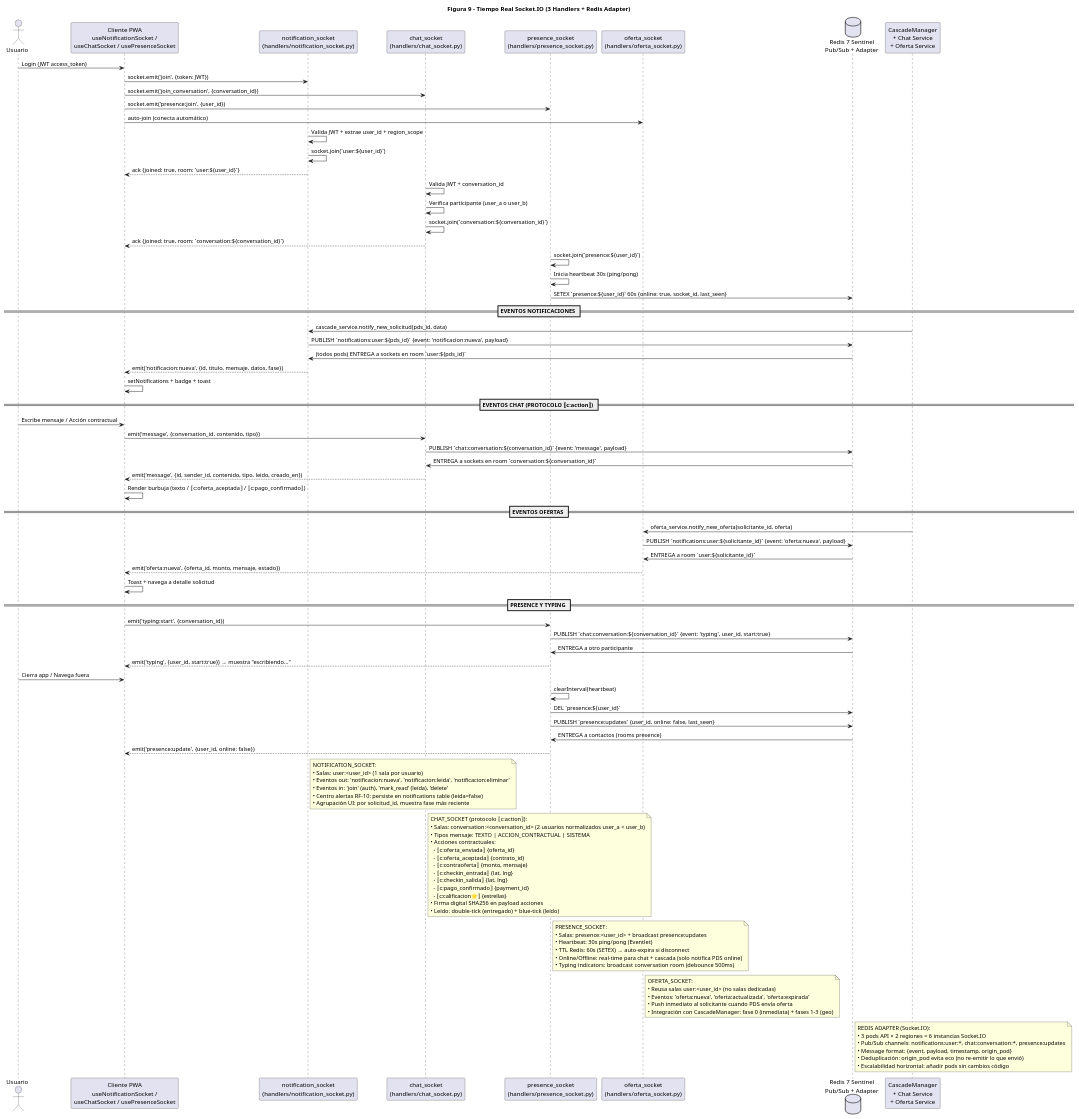
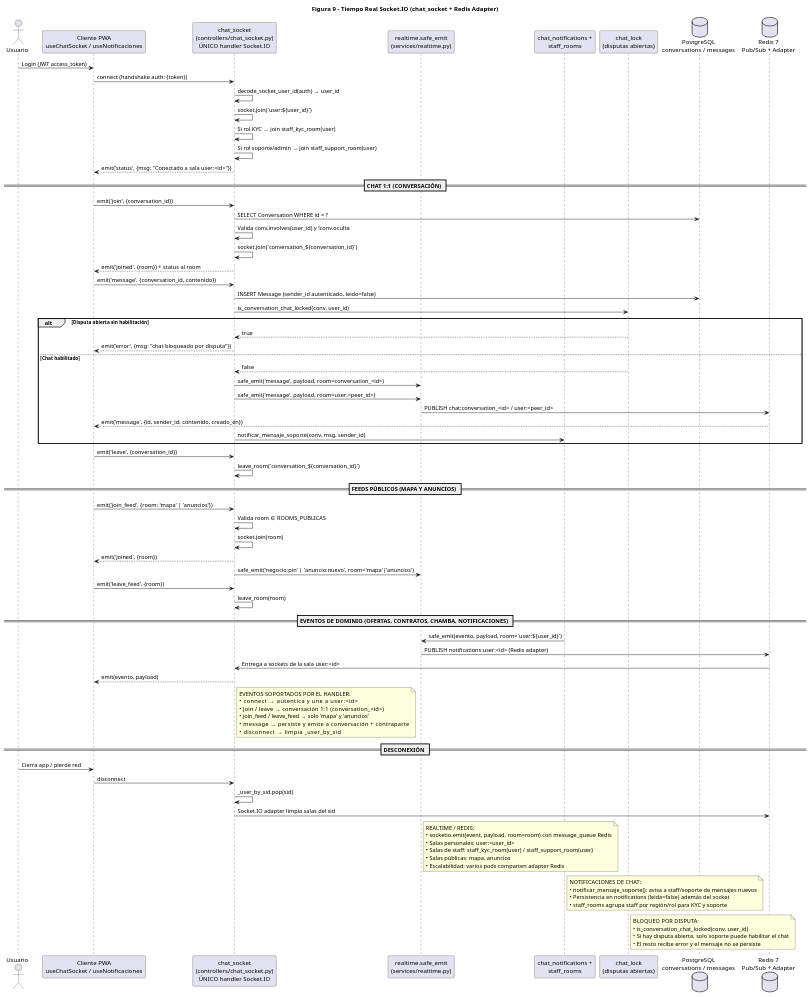
The diagram in Arquitectura/diagramas/component/09-tiempo-real-socketio.md (jpalacioing98/Chambeapp_Doc), drawn with PlantUML before and after one commit. The commit also changed other lines of this file and 60 other files, not shown here.

Commit message:
docs: completar y actualizar diagramas de arquitectura segun codigo fuente

````diff
--- a/Arquitectura/diagramas/component/09-tiempo-real-socketio.md
+++ b/Arquitectura/diagramas/component/09-tiempo-real-socketio.md
@@ -11,119 +11,96 @@
 ```plantuml
 @startuml
-title Figura 9 - Tiempo Real Socket.IO (3 Handlers + Redis Adapter)
+title Figura 9 - Tiempo Real Socket.IO (chat_socket + Redis Adapter)
 
 actor "Usuario" as U
-participant "Cliente PWA\nuseNotificationSocket /\nuseChatSocket / usePresenceSocket" as C
-participant "notification_socket\n(handlers/notification_socket.py)" as NS
-participant "chat_socket\n(handlers/chat_socket.py)" as CS
-participant "presence_socket\n(handlers/presence_socket.py)" as PS
-participant "oferta_socket\n(handlers/oferta_socket.py)" as OS
-database "Redis 7 Sentinel\nPub/Sub + Adapter" as RD
-participant "CascadeManager\n+ Chat Service\n+ Oferta Service" as SV
+participant "Cliente PWA\nuseChatSocket / useNotificaciones" as C
+participant "chat_socket\n(controllers/chat_socket.py)\nÚNICO handler Socket.IO" as CS
+participant "realtime.safe_emit\n(services/realtime.py)" as RT
+participant "chat_notifications +\nstaff_rooms" as SV
+participant "chat_lock\n(disputas abiertas)" as LOCK
+database "PostgreSQL\nconversations / messages" as DB
+database "Redis 7\nPub/Sub + Adapter" as RD
 
 U -> C: Login (JWT access_token)
-C -> NS: socket.emit('join', {token: JWT})
-C -> CS: socket.emit('join_conversation', {conversation_id})
-C -> PS: socket.emit('presence:join', {user_id})
-C -> OS: auto-join (conecta automático)
+C -> CS: connect (handshake auth: {token})
+CS -> CS: decode_socket_user_id(auth) → user_id
+CS -> CS: socket.join(`user:${user_id}`)
+CS -> CS: Si rol KYC → join staff_kyc_room(user)
+CS -> CS: Si rol soporte/admin → join staff_support_room(user)
+CS --> C: emit('status', {msg: "Conectado a sala user:<id>"})
 
-NS -> NS: Valida JWT + extrae user_id + region_scope
-NS -> NS: socket.join(`user:${user_id}`)
-NS --> C: ack {joined: true, room: `user:${user_id}`}
+== CHAT 1:1 (CONVERSACIÓN) ==
+C -> CS: emit('join', {conversation_id})
+CS -> DB: SELECT Conversation WHERE id = ?
+CS -> CS: Valida conv.involves(user_id) y !conv.oculta
+CS -> CS: socket.join(`conversation_${conversation_id}`)
+CS --> C: emit('joined', {room}) + status al room
+C -> CS: emit('message', {conversation_id, contenido})
+CS -> DB: INSERT Message (sender_id autenticado, leido=false)
+CS -> LOCK: is_conversation_chat_locked(conv, user_id)
+alt Disputa abierta sin habilitación
+    LOCK --> CS: true
+    CS --> C: emit('error', {msg: "chat bloqueado por disputa"})
+else Chat habilitado
+    LOCK --> CS: false
+    CS -> RT: safe_emit('message', payload, room=conversation_<id>)
+    CS -> RT: safe_emit('message', payload, room=user:<peer_id>)
+    RT -> RD: PUBLISH chat:conversation_<id> / user:<peer_id>
+    RD --> C: emit('message', {id, sender_id, contenido, creado_en})
+    CS -> SV: notificar_mensaje_soporte(conv, msg, sender_id)
+end
+C -> CS: emit('leave', {conversation_id})
+CS -> CS: leave_room(`conversation_${conversation_id}`)
 
-CS -> CS: Valida JWT + conversation_id
-CS -> CS: Verifica participante (user_a o user_b)
-CS -> CS: socket.join(`conversation:${conversation_id}`)
-CS --> C: ack {joined: true, room: `conversation:${conversation_id}`}
+== FEEDS PÚBLICOS (MAPA Y ANUNCIOS) ==
+C -> CS: emit('join_feed', {room: 'mapa' | 'anuncios'})
+CS -> CS: Valida room ∈ ROOMS_PUBLICAS
+CS -> CS: socket.join(room)
+CS --> C: emit('joined', {room})
+CS -> RT: safe_emit('negocio:pin' | 'anuncio:nuevo', room='mapa'|'anuncios')
+C -> CS: emit('leave_feed', {room})
+CS -> CS: leave_room(room)
 
-PS -> PS: socket.join(`presence:${user_id}`)
-PS -> PS: Inicia heartbeat 30s (ping/pong)
-PS -> RD: SETEX `presence:${user_id}` 60s {online: true, socket_id, last_seen}
-
-== EVENTOS NOTIFICACIONES ==
-SV -> NS: cascade_service.notify_new_solicitud(pds_id, data)
-NS -> RD: PUBLISH `notifications:user:${pds_id}` {event: 'notificacion:nueva', payload}
-RD -> NS: (todos pods) ENTREGA a sockets en room `user:${pds_id}`
-NS --> C: emit('notificacion:nueva', {id, titulo, mensaje, datos, fase})
-C -> C: setNotifications + badge + toast
-
-== EVENTOS CHAT (PROTOCOLO ⟦c:action⟧) ==
-U -> C: Escribe mensaje / Acción contractual
-C -> CS: emit('message', {conversation_id, contenido, tipo})
-CS -> RD: PUBLISH `chat:conversation:${conversation_id}` {event: 'message', payload}
-RD -> CS: ENTREGA a sockets en room `conversation:${conversation_id}`
-CS --> C: emit('message', {id, sender_id, contenido, tipo, leido, creado_en})
-C -> C: Render burbuja (texto / ⟦c:oferta_aceptada⟧ / ⟦c:pago_confirmado⟧)
-
-== EVENTOS OFERTAS ==
-SV -> OS: oferta_service.notify_new_oferta(solicitante_id, oferta)
-OS -> RD: PUBLISH `notifications:user:${solicitante_id}` {event: 'oferta:nueva', payload}
-RD -> OS: ENTREGA a room `user:${solicitante_id}`
-OS --> C: emit('oferta:nueva', {oferta_id, monto, mensaje, estado})
-C -> C: Toast + navega a detalle solicitud
-
-== PRESENCE Y TYPING ==
-C -> PS: emit('typing:start', {conversation_id})
-PS -> RD: PUBLISH `chat:conversation:${conversation_id}` {event: 'typing', user_id, start:true}
-RD -> PS: ENTREGA a otro participante
-PS --> C: emit('typing', {user_id, start:true}) → muestra "escribiendo..."
-
-U -> C: Cierra app / Navega fuera
-PS -> PS: clearInterval(heartbeat)
-PS -> RD: DEL `presence:${user_id}`
-PS -> RD: PUBLISH `presence:updates` {user_id, online: false, last_seen}
-RD -> PS: ENTREGA a contactos (rooms presence)
-PS --> C: emit('presence:update', {user_id, online: false})
-
-note right of NS
-  NOTIFICATION_SOCKET:
-  • Salas: user:<user_id> (1 sala por usuario)
-  • Eventos out: 'notificacion:nueva', 'notificacion:leida', 'notificacion:eliminar'
-  • Eventos in: 'join' (auth), 'mark_read' (leída), 'delete'
-  • Centro alertas RF-10: persiste en notifications table (leida=false)
-  • Agrupación UI: por solicitud_id, muestra fase más reciente
+== EVENTOS DE DOMINIO (OFERTAS, CONTRATOS, CHAMBA, NOTIFICACIONES) ==
+SV -> RT: safe_emit(evento, payload, room=`user:${user_id}`)
+RT -> RD: PUBLISH notifications:user:<id> (Redis adapter)
+RD -> CS: Entrega a sockets de la sala user:<id>
+CS --> C: emit(evento, payload)
+note right of CS
+  EVENTOS SOPORTADOS POR EL HANDLER:
+  • connect            → autentica y une a user:<id>
+  • join / leave       → conversación 1:1 (conversation_<id>)
+  • join_feed / leave_feed → solo 'mapa' y 'anuncios'
+  • message            → persiste y emite a conversación + contraparte
+  • disconnect         → limpia _user_by_sid
 end note
 
-note right of CS
-  CHAT_SOCKET (protocolo ⟦c:action⟧):
-  • Salas: conversation:<conversation_id> (2 usuarios normalizados user_a < user_b)
-  • Tipos mensaje: TEXTO | ACCION_CONTRACTUAL | SISTEMA
-  • Acciones contractuales:
-    - ⟦c:oferta_enviada⟧ {oferta_id}
-    - ⟦c:oferta_aceptada⟧ {contrato_id}
-    - ⟦c:contraoferta⟧ {monto, mensaje}
-    - ⟦c:checkin_entrada⟧ {lat, lng}
-    - ⟦c:checkin_salida⟧ {lat, lng}
-    - ⟦c:pago_confirmado⟧ {payment_id}
-    - ⟦c:calificacion⭐⟧ {estrellas}
-  • Firma digital SHA256 en payload acciones
-  • Leído: double-tick (entregado) + blue-tick (leído)
+== DESCONEXIÓN ==
+U -> C: Cierra app / pierde red
+C -> CS: disconnect
+CS -> CS: _user_by_sid.pop(sid)
+CS -> RD: Socket.IO adapter limpia salas del sid
+note right of RT
+  REALTIME / REDIS:
+  • socketio.emit(event, payload, room=room) con message_queue Redis
+  • Salas personales: user:<user_id>
+  • Salas de staff: staff_kyc_room(user) / staff_support_room(user)
+  • Salas públicas: mapa, anuncios
+  • Escalabilidad: varios pods comparten adapter Redis
 end note
 
-note right of PS
-  PRESENCE_SOCKET:
-  • Salas: presence:<user_id> + broadcast presence:updates
-  • Heartbeat: 30s ping/pong (Eventlet)
-  • TTL Redis: 60s (SETEX) → auto-expira si disconnect
-  • Online/Offline: real-time para chat + cascada (solo notifica PDS online)
-  • Typing indicators: broadcast conversation room (debounce 500ms)
+note right of SV
+  NOTIFICACIONES DE CHAT:
+  • notificar_mensaje_soporte(): avisa a staff/soporte de mensajes nuevos
+  • Persistencia en notifications (leida=false) además del socket
+  • staff_rooms agrupa staff por región/rol para KYC y soporte
 end note
 
-note right of OS
-  OFERTA_SOCKET:
-  • Reusa salas user:<user_id> (no salas dedicadas)
-  • Eventos: 'oferta:nueva', 'oferta:actualizada', 'oferta:expirada'
-  • Push inmediato al solicitante cuando PDS envía oferta
-  • Integración con CascadeManager: fase 0 (inmediata) + fases 1-3 (geo)
-end note
-
-note right of RD
-  REDIS ADAPTER (Socket.IO):
-  • 3 pods API × 2 regiones = 6 instancias Socket.IO
-  • Pub/Sub channels: notifications:user:*, chat:conversation:*, presence:updates
-  • Message format: {event, payload, timestamp, origin_pod}
-  • Deduplicación: origin_pod evita eco (no re-emitir lo que envió)
-  • Escalabilidad horizontal: añadir pods sin cambios código
+note right of LOCK
+  BLOQUEO POR DISPUTA:
+  • is_conversation_chat_locked(conv, user_id)
+  • Si hay disputa abierta, solo soporte puede habilitar el chat
+  • El resto recibe error y el mensaje no se persiste
 end note
 
 @enduml
````
